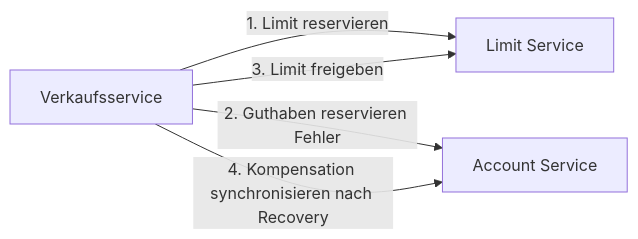
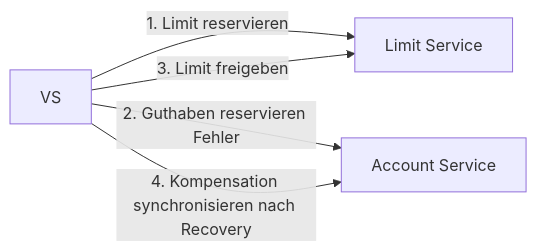
One commit to Adrian-Hansen-dev/second-hand-ticket-app changed the third of 28 diagrams in abgabe_projekt_2.md. Above: the diagram before and after it, drawn with Mermaid. The commit also changed other lines of this file, not shown here.

````diff
--- a/abgabe_projekt_2.md
+++ b/abgabe_projekt_2.md
@@ -95,11 +95,10 @@
 ```mermaid
 flowchart LR
-    VS[Verkaufsservice]
     LS[Limit Service]
     AS[Account Service]
 
     VS -->|1. Limit reservieren| LS
     VS -->|2. Guthaben reservieren Fehler| AS
     VS -->|3. Limit freigeben| LS
     VS -->|4. Kompensation synchronisieren nach Recovery| AS
 ```
````
